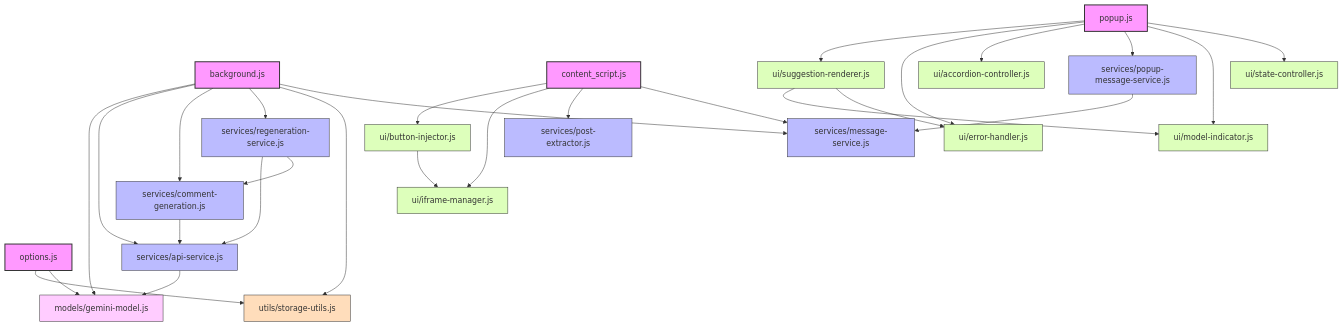
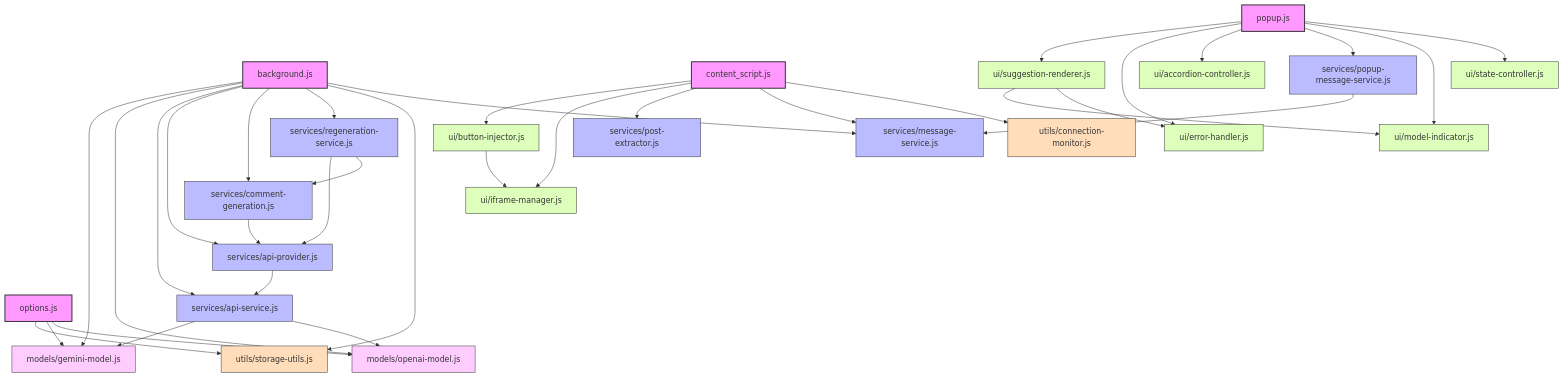
One commit to FBakkensen/EngageIQ changed the diagram in docs/ModuleDependencies.md. Above: the diagram before and after it, drawn with Mermaid. The commit also changed other lines of this file and 36 other files, not shown here.

```diff
--- a/docs/ModuleDependencies.md
+++ b/docs/ModuleDependencies.md
@@ -14,9 +14,11 @@
     
     %% Models
     geminiModel[models/gemini-model.js]:::model
+    openaiModel[models/openai-model.js]:::model
     
     %% Services
     apiService[services/api-service.js]:::service
+    apiProvider[services/api-provider.js]:::service
     commentGen[services/comment-generation.js]:::service
     messageService[services/message-service.js]:::service
     popupMessageService[services/popup-message-service.js]:::service
@@ -34,10 +36,13 @@
     
     %% Utils
     storageUtils[utils/storage-utils.js]:::util
+    connectionMonitor[utils/connection-monitor.js]:::util
     
     %% Background dependencies
     background --> geminiModel
+    background --> openaiModel
     background --> apiService
+    background --> apiProvider
     background --> commentGen
     background --> regenService
     background --> storageUtils
@@ -48,6 +53,7 @@
     content --> iframeManager
     content --> postExtractor
     content --> messageService
+    content --> connectionMonitor
     
     %% Popup dependencies
     popup --> suggestionRenderer
@@ -60,11 +66,14 @@
     %% Options dependencies
     options --> storageUtils
     options --> geminiModel
+    options --> openaiModel
     
     %% Service interdependencies
     apiService --> geminiModel
-    commentGen --> apiService
-    regenService --> apiService
+    apiService --> openaiModel
+    apiProvider --> apiService
+    commentGen --> apiProvider
+    regenService --> apiProvider
     regenService --> commentGen
     popupMessageService --> messageService
     
```
